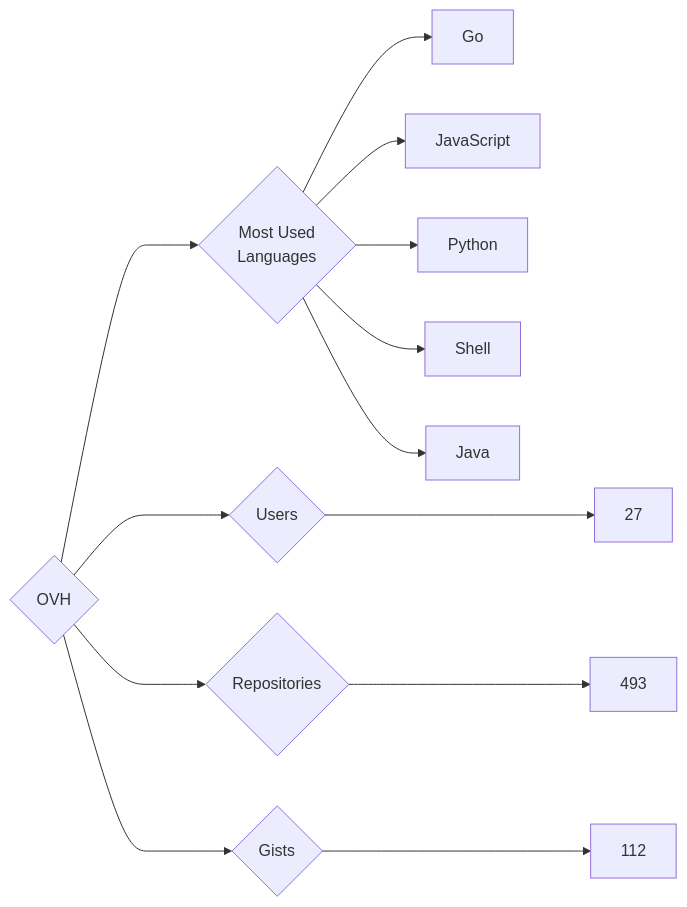
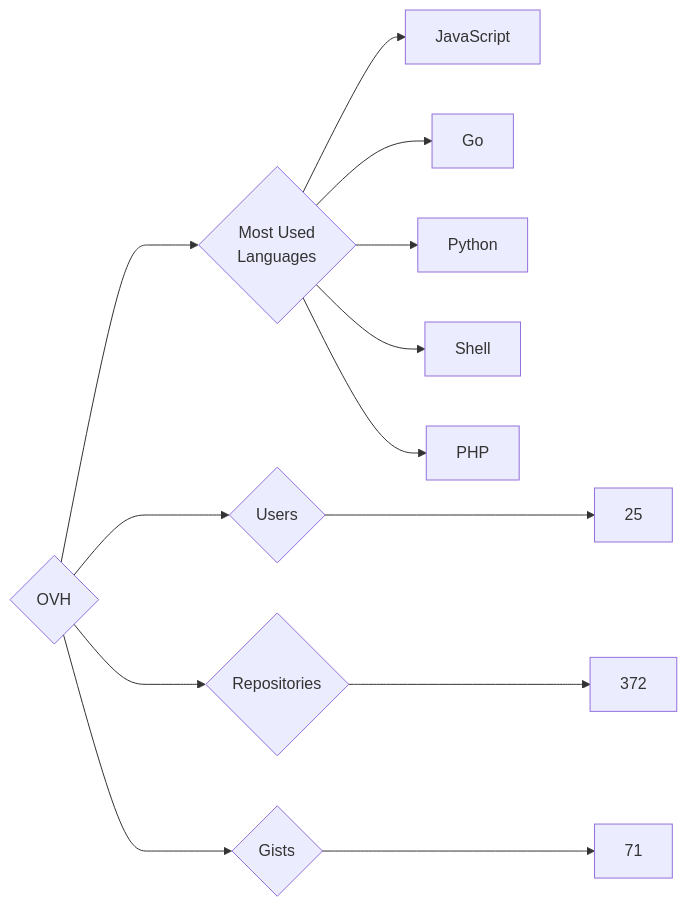
One commit to trickest/insiders changed the diagram in targets/OVH/README.md. Above: the diagram before and after it, drawn with Mermaid. The commit also changed 860 other files, not shown here.

````diff
--- a/targets/OVH/README.md
+++ b/targets/OVH/README.md
@@ -3,13 +3,13 @@
 ```mermaid
 graph LR
 COMPANY_NAME{OVH}
-COMPANY_NAME ---> U{Users} ---> UN[27]
-COMPANY_NAME ---> R{Repositories} ---> RN[493]
-COMPANY_NAME ---> G{Gists} ---> GN[112]
+COMPANY_NAME ---> U{Users} ---> UN[25]
+COMPANY_NAME ---> R{Repositories} ---> RN[372]
+COMPANY_NAME ---> G{Gists} ---> GN[71]
 COMPANY_NAME ---> ML{Most Used<br>Languages}
+ML --> JavaScript[JavaScript]
 ML --> Go[Go]
-ML --> JavaScript[JavaScript]
 ML --> Python[Python]
 ML --> Shell[Shell]
-ML --> Java[Java]
+ML --> PHP[PHP]
 ```
````
